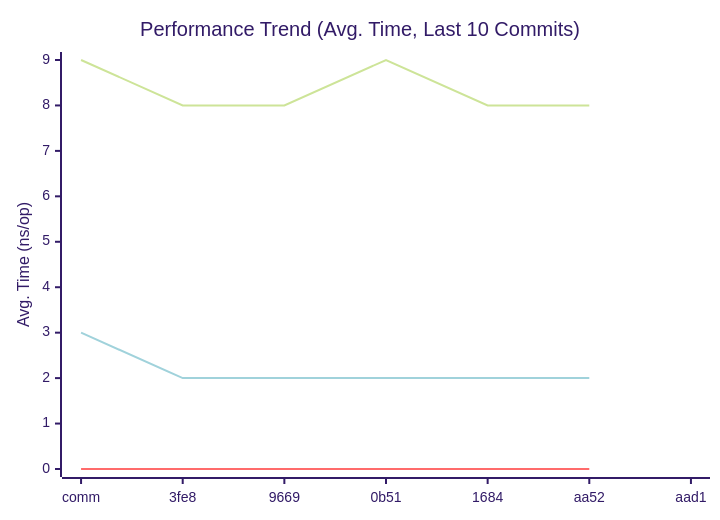
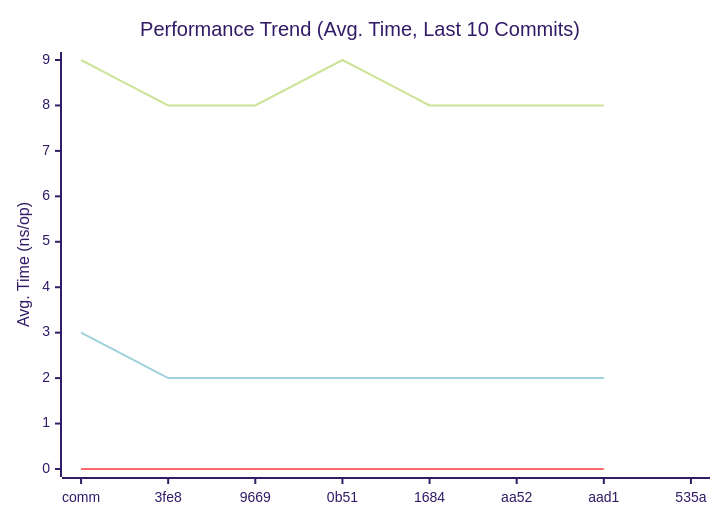
Before and after one commit to alsotoes/momo: the first of 3 diagrams in doc/README.md, drawn with Mermaid (forest theme). The commit also changed other lines of this file and 1 other file, not shown here.

````diff
--- a/doc/README.md
+++ b/doc/README.md
@@ -290,10 +290,10 @@
 ```mermaid
 xychart-beta
     title "Performance Trend (Avg. Time, Last 10 Commits)"
     x-axis "Commit"
     y-axis "Avg. Time (ns/op)"
-    x-axis [comm,3fe8,9669,0b51,1684,aa52,aad1]
-    line "CheckMetricsAndSwap" [9,8,8,9,8,8]
-    line "IndexDirectTracking" [0,0,0,0,0,0]
-    line "IndexSearch" [3,2,2,2,2,2]
+    x-axis [comm,3fe8,9669,0b51,1684,aa52,aad1,535a]
+    line "CheckMetricsAndSwap" [9,8,8,9,8,8,8]
+    line "IndexDirectTracking" [0,0,0,0,0,0,0]
+    line "IndexSearch" [3,2,2,2,2,2,2]
 ```
````
